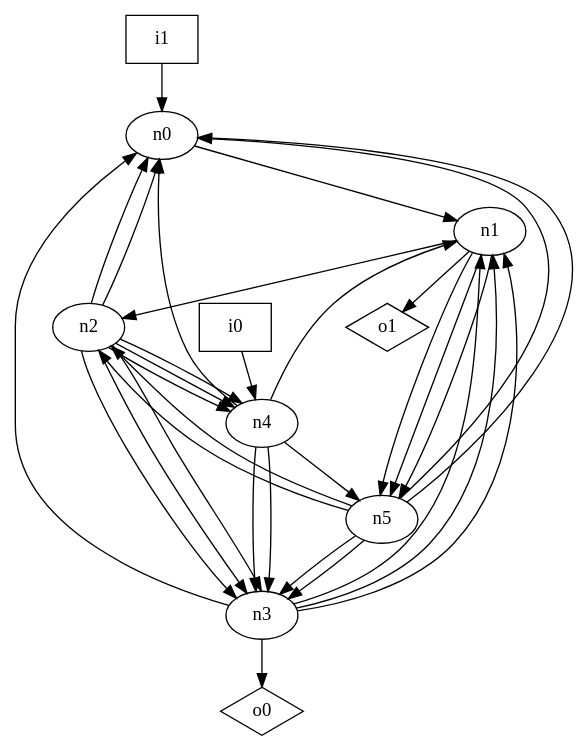
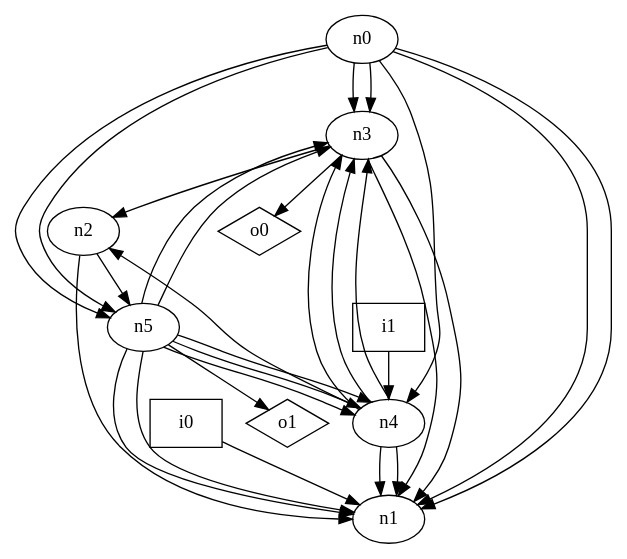
The diagram in dot_files/random_graph/oriented_loop_free_graph.dot (p9romain/bool-circuits), drawn with Graphviz before and after one commit. The commit also changed 47 other files, not shown here.

```diff
--- a/dot_files/random_graph/oriented_loop_free_graph.dot
+++ b/dot_files/random_graph/oriented_loop_free_graph.dot
@@ -1,44 +1,41 @@
 digraph G {
 n0 [label="n0"];
 n1 [label="n1"];
 n2 [label="n2"];
 n3 [label="n3"];
 n4 [label="n4"];
 n5 [label="n5"];
 n6 [label="i0",shape="box"];
 n7 [label="i1",shape="box"];
 n8 [label="o0",shape="diamond"];
 n9 [label="o1",shape="diamond"];
 n0 -> n1
-n1 -> n2
-n1 -> n5
-n1 -> n5
-n1 -> n5
-n1 -> n9
-n2 -> n0
-n2 -> n0
-n2 -> n3
-n2 -> n3
-n2 -> n3
-n2 -> n4
-n2 -> n4
-n2 -> n4
-n3 -> n0
+n0 -> n1
+n0 -> n3
+n0 -> n3
+n0 -> n4
+n0 -> n5
+n0 -> n5
+n2 -> n1
+n2 -> n5
 n3 -> n1
 n3 -> n1
-n3 -> n1
+n3 -> n2
 n3 -> n8
-n4 -> n0
 n4 -> n1
+n4 -> n1
+n4 -> n2
 n4 -> n3
 n4 -> n3
-n4 -> n5
-n5 -> n0
-n5 -> n0
-n5 -> n2
-n5 -> n2
+n4 -> n3
+n5 -> n1
+n5 -> n1
 n5 -> n3
 n5 -> n3
-n6 -> n4
-n7 -> n0
+n5 -> n4
+n5 -> n4
+n5 -> n4
+n5 -> n9
+n6 -> n1
+n7 -> n4
 }
```
